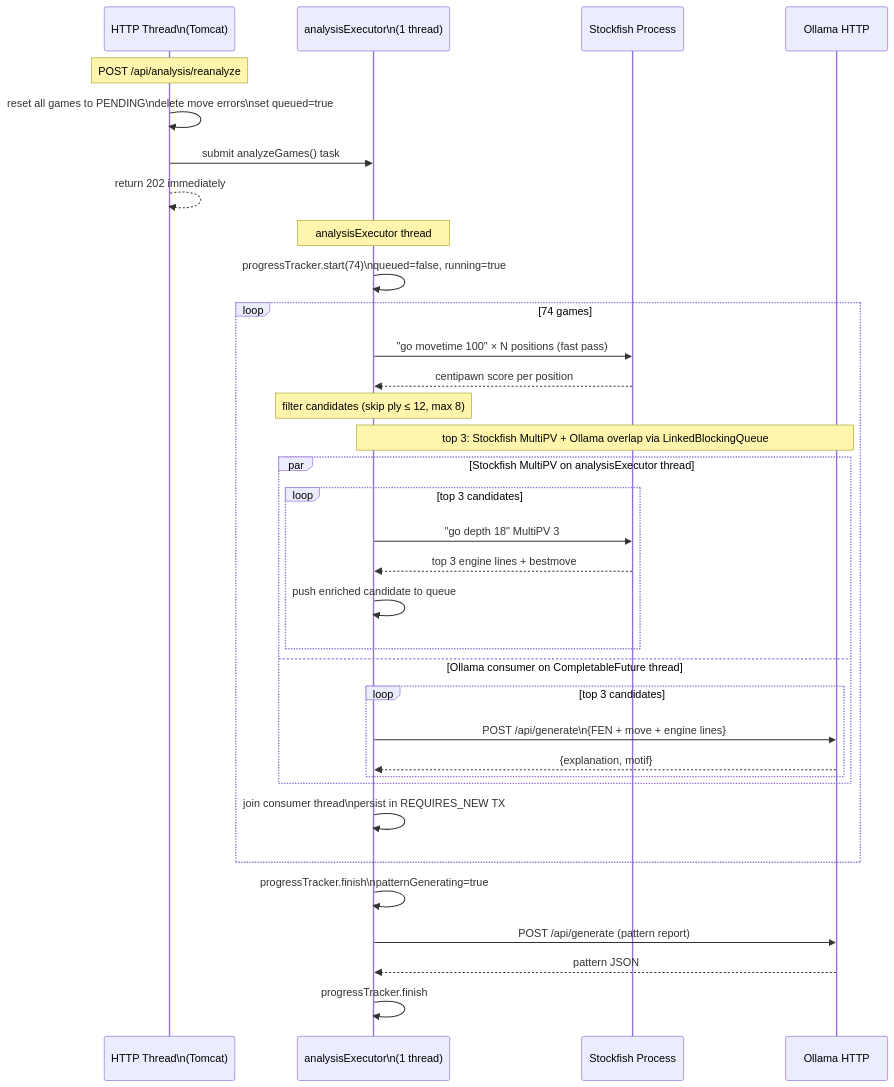
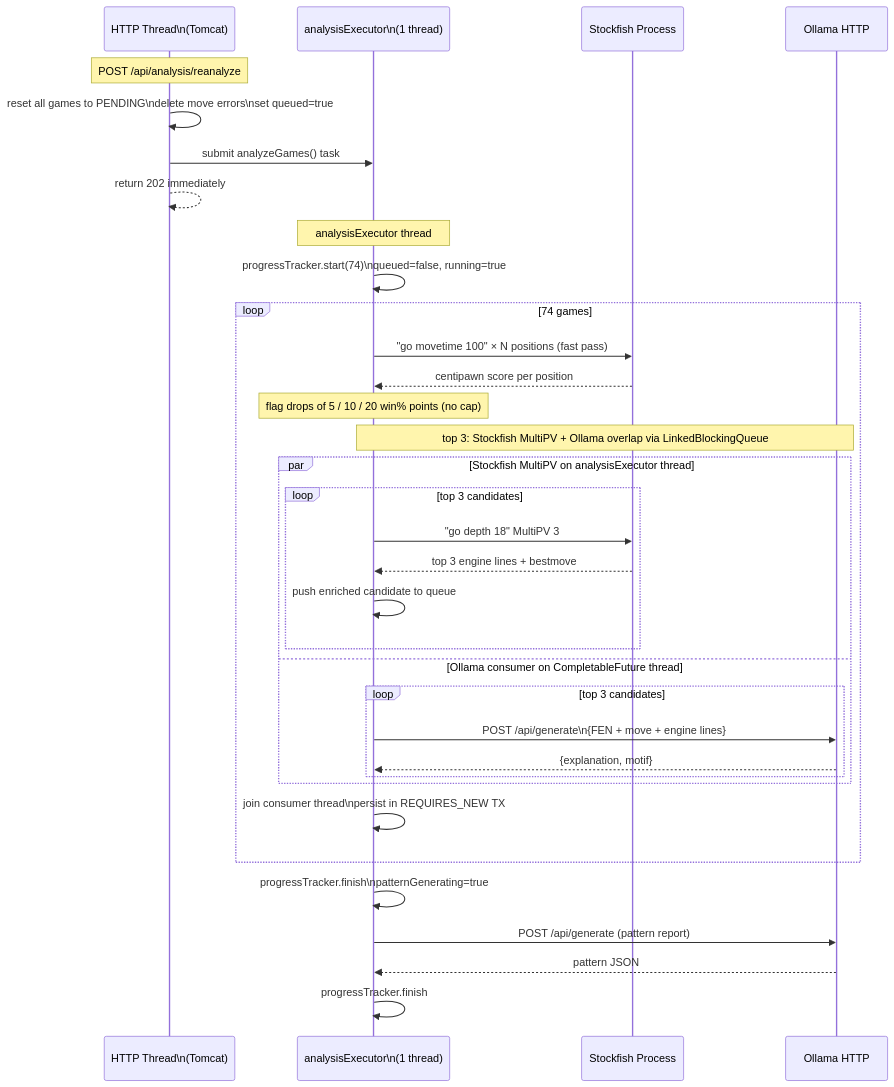
Diagram 13 of 16 in ARCHITECTURE.md (Praxis-Chess/Praxis-Chess), drawn with Mermaid before and after one commit. The commit also changed other lines of this file and 1 other file, not shown here.

Commit message:
README, ARCHITECTURE: match the code (win% flagging, verified diagnosis, 12 tools, Java 21+, test counts, local by default)

````diff
--- a/ARCHITECTURE.md
+++ b/ARCHITECTURE.md
@@ -1522,41 +1550,41 @@
 ```mermaid
 sequenceDiagram
     participant HT as HTTP Thread\n(Tomcat)
     participant AE as analysisExecutor\n(1 thread)
     participant SF as Stockfish Process
     participant OL as Ollama HTTP
 
     Note over HT: POST /api/analysis/reanalyze
     HT->>HT: reset all games to PENDING\ndelete move errors\nset queued=true
     HT->>AE: submit analyzeGames() task
     HT-->>HT: return 202 immediately
 
     Note over AE: analysisExecutor thread
     AE->>AE: progressTracker.start(74)\nqueued=false, running=true
 
     loop 74 games
         AE->>SF: "go movetime 100" × N positions (fast pass)
         SF-->>AE: centipawn score per position
-        Note over AE: filter candidates (skip ply ≤ 12, max 8)
+        Note over AE: flag drops of 5 / 10 / 20 win% points (no cap)
 
         Note over AE,OL: top 3: Stockfish MultiPV + Ollama overlap via LinkedBlockingQueue
         par Stockfish MultiPV on analysisExecutor thread
             loop top 3 candidates
                 AE->>SF: "go depth 18" MultiPV 3
                 SF-->>AE: top 3 engine lines + bestmove
                 AE->>AE: push enriched candidate to queue
             end
         and Ollama consumer on CompletableFuture thread
             loop top 3 candidates
                 AE->>OL: POST /api/generate\n{FEN + move + engine lines}
                 OL-->>AE: {explanation, motif}
             end
         end
         AE->>AE: join consumer thread\npersist in REQUIRES_NEW TX
     end
 
     AE->>AE: progressTracker.finish\npatternGenerating=true
     AE->>OL: POST /api/generate (pattern report)
     OL-->>AE: pattern JSON
     AE->>AE: progressTracker.finish
 ```
````
